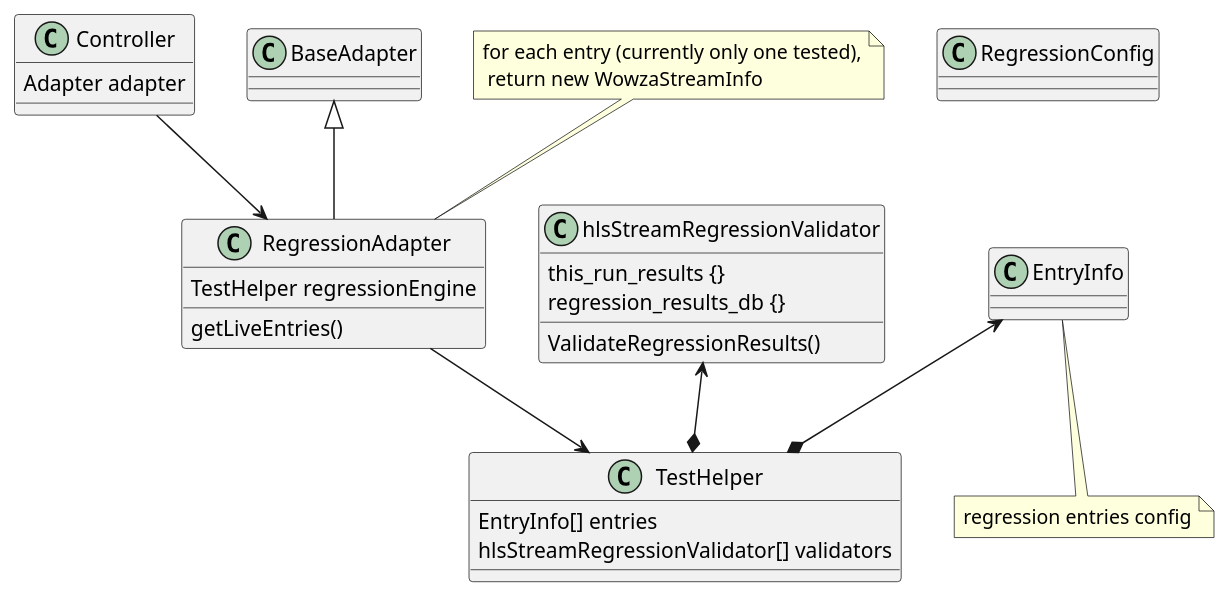
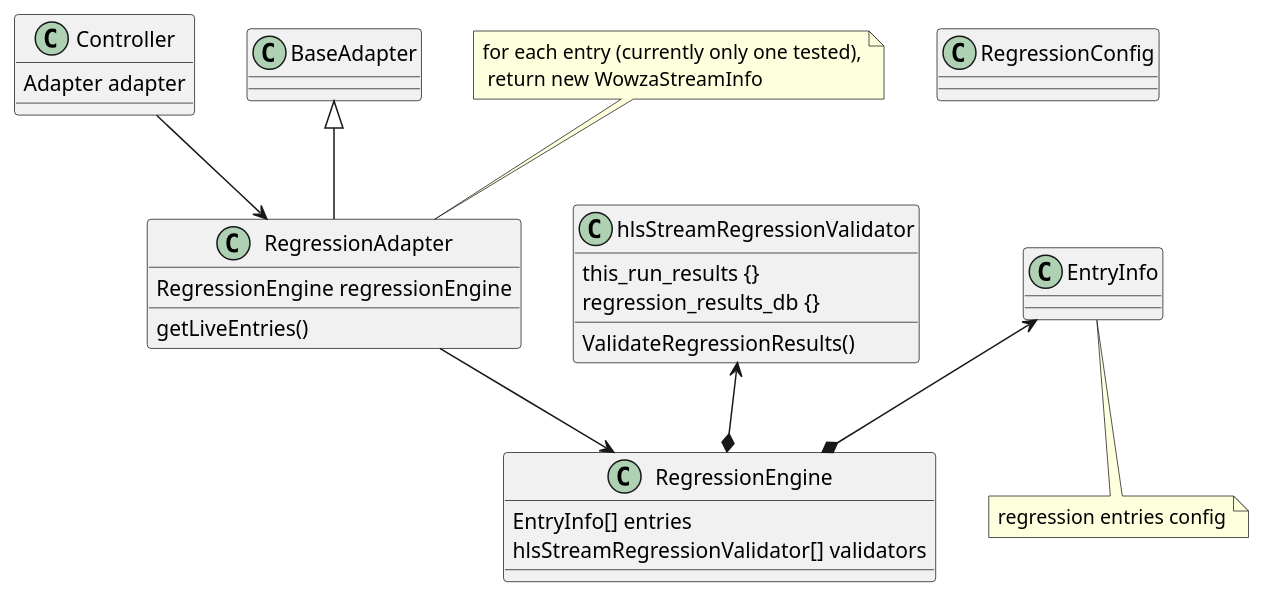
The diagram in lib/Adapters/RegressionAdapter/RegressionTestStaticDiagram.puml (kaltura/liveDVR), drawn with PlantUML before and after one commit. The commit also changed 4 other files, not shown here.

First line of the commit message:
moved refactor TestHelper to RegressionEngine

```diff
--- a/lib/Adapters/RegressionAdapter/RegressionTestStaticDiagram.puml
+++ b/lib/Adapters/RegressionAdapter/RegressionTestStaticDiagram.puml
@@ -1,46 +1,46 @@
 @startuml
 
 
 class Controller {
 Adapter adapter
 }
 
 class BaseAdapter {
 
 }
 
 class RegressionAdapter {
-   TestHelper regressionEngine
+   RegressionEngine regressionEngine
    getLiveEntries()
 }
 note top: for each entry (currently only one tested),\n return new WowzaStreamInfo
 
-class TestHelper {
+class RegressionEngine {
  EntryInfo[] entries
  hlsStreamRegressionValidator[] validators
 }
 
 class EntryInfo {
 
 }
 note bottom: regression entries config
 
 class hlsStreamRegressionValidator {
      this_run_results {}
      regression_results_db {}
      ValidateRegressionResults()
 }
 
 class RegressionConfig {
 
 }
 
 Controller --> RegressionAdapter
 BaseAdapter <|-- RegressionAdapter
-RegressionAdapter --> TestHelper
+RegressionAdapter --> RegressionEngine
 
-EntryInfo <--* TestHelper
-hlsStreamRegressionValidator <--* TestHelper
+EntryInfo <--* RegressionEngine
+hlsStreamRegressionValidator <--* RegressionEngine
 
 
 @enduml
```
